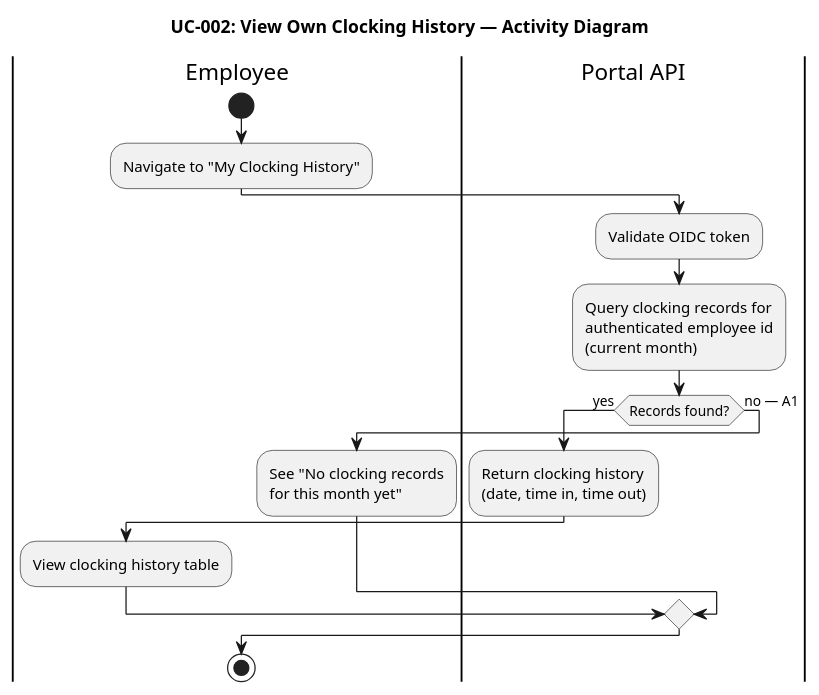
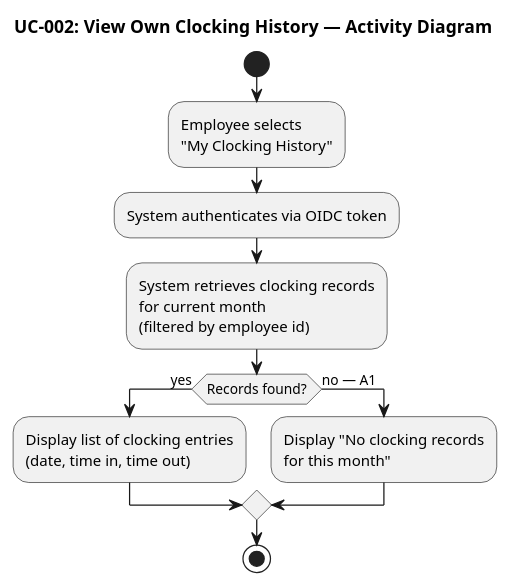
Before and after one commit to banense-test/portal-cuba-corp: the third of 12 diagrams in docs/artifacts/requirements/use-case-model.md, drawn with PlantUML. The commit also changed other lines of this file, not shown here.

First line of the commit message:
System Analyst [C2]: upsert Use-Case Model

````diff
--- a/docs/artifacts/requirements/use-case-model.md
+++ b/docs/artifacts/requirements/use-case-model.md
@@ -267,21 +198,21 @@
 ```plantuml
 @startuml
 title UC-002: View Own Clocking History — Activity Diagram
 
-|Employee|
 start
-:Navigate to "My Clocking History";
-|Portal API|
-:Validate OIDC token;
-:Query clocking records for\nauthenticated employee id\n(current month);
+:Employee selects
+"My Clocking History";
+:System authenticates via OIDC token;
+:System retrieves clocking records
+for current month
+(filtered by employee id);
 if (Records found?) then (yes)
-  :Return clocking history\n(date, time in, time out);
-  |Employee|
-  :View clocking history table;
+  :Display list of clocking entries
+  (date, time in, time out);
 else (no — A1)
-  |Employee|
-  :See "No clocking records\nfor this month yet";
+  :Display "No clocking records
+  for this month";
 endif
 stop
 @enduml
 ```
````
